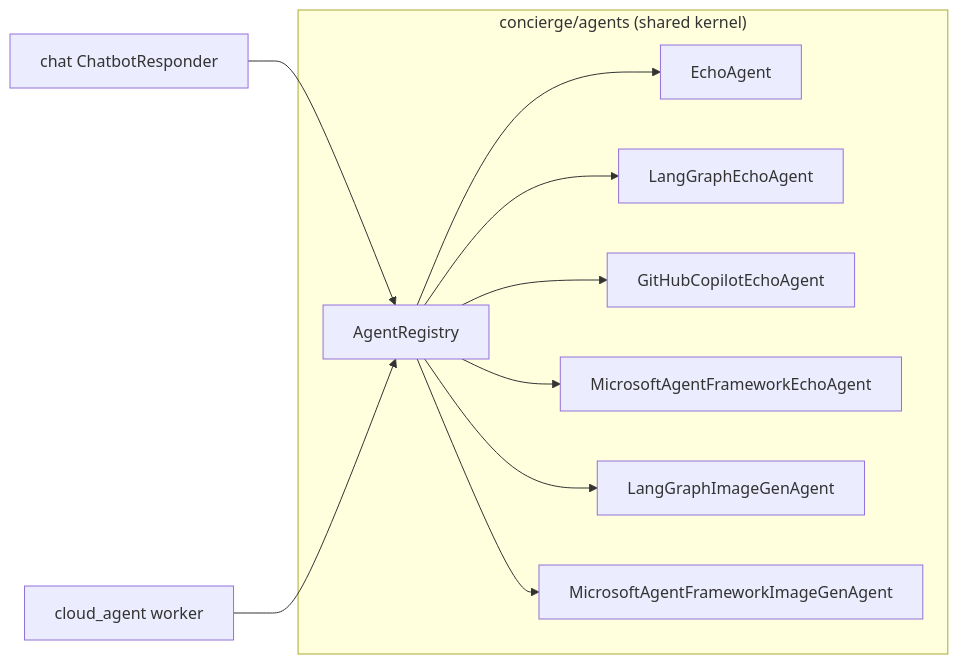
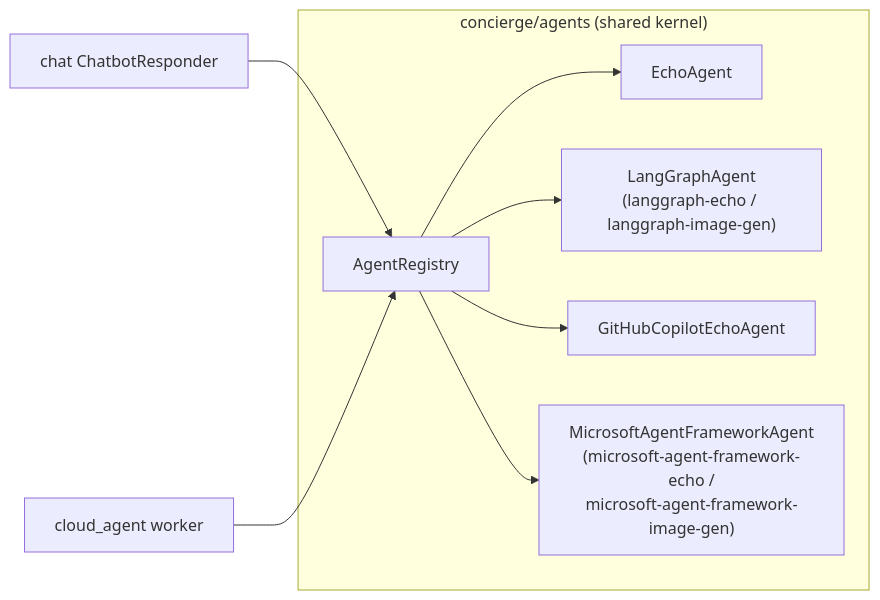
The first of 2 diagrams in docs/agents/index.md (ks6088ts-labs/concierge), drawn with Mermaid before and after one commit. The commit also changed other lines of this file and 28 other files, not shown here.

First line of the commit message:
Refactor LangGraph and Microsoft Agent Classes

````diff
--- a/docs/agents/index.md
+++ b/docs/agents/index.md
@@ -13,20 +13,16 @@
 ```mermaid
 flowchart LR
     chat[chat ChatbotResponder] --> Registry
     cloud_agent[cloud_agent worker] --> Registry
     Registry[AgentRegistry] --> Echo[EchoAgent]
-    Registry --> LGE[LangGraphEchoAgent]
+    Registry --> LG["LangGraphAgent\n(langgraph-echo / langgraph-image-gen)"]
     Registry --> GCE[GitHubCopilotEchoAgent]
-    Registry --> MAF[MicrosoftAgentFrameworkEchoAgent]
-    Registry --> LGIG[LangGraphImageGenAgent]
-    Registry --> MAFIG[MicrosoftAgentFrameworkImageGenAgent]
+    Registry --> MAF["MicrosoftAgentFrameworkAgent\n(microsoft-agent-framework-echo /\nmicrosoft-agent-framework-image-gen)"]
     subgraph agents["concierge/agents (shared kernel)"]
         Registry
         Echo
-        LGE
+        LG
         GCE
         MAF
-        LGIG
-        MAFIG
     end
 ```
````
